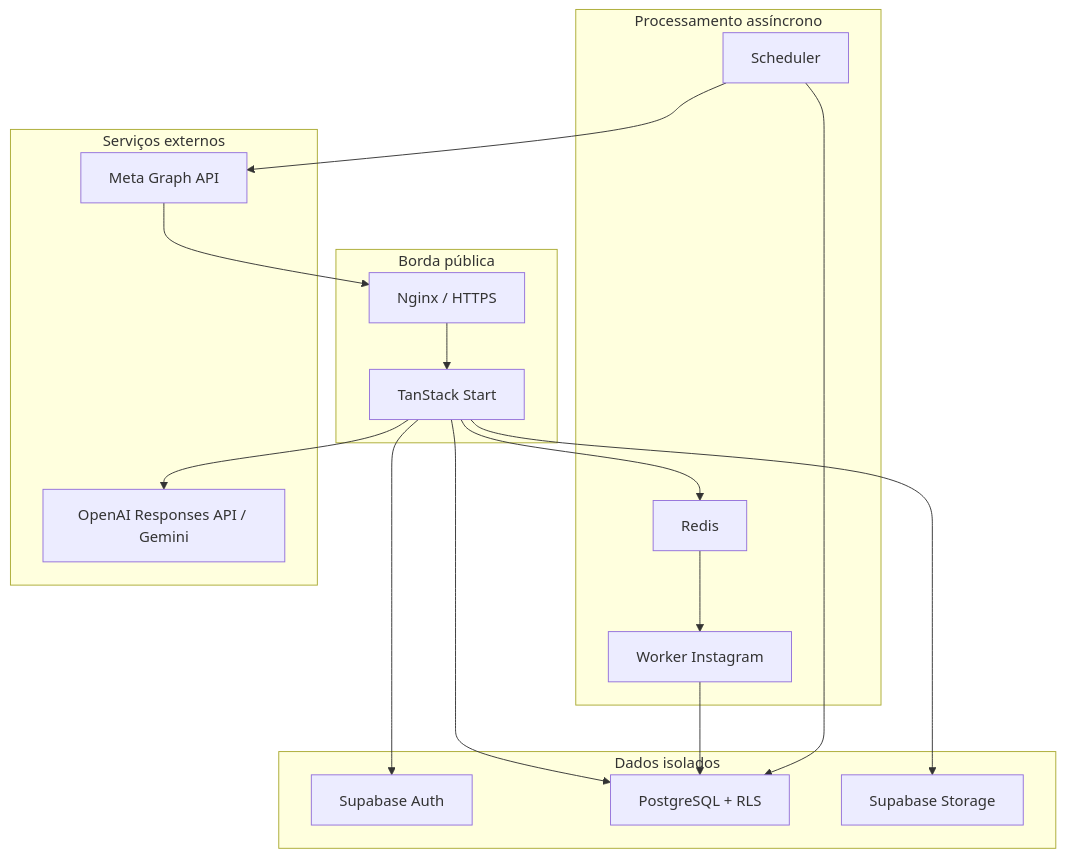
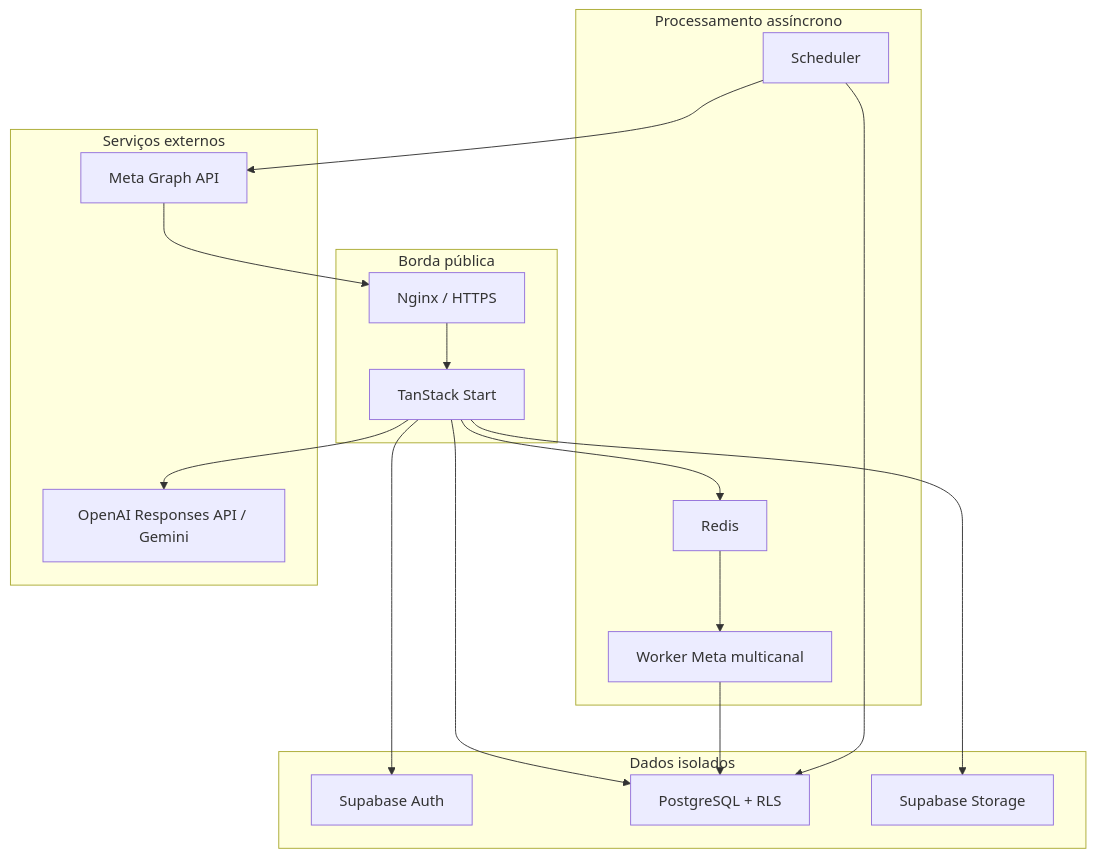
Before and after one commit to ShunWalChin/WalChat: the first of 2 diagrams in docs/ARQUITETURA.md, drawn with Mermaid. The commit also changed other lines of this file and 56 other files, not shown here.

Commit message:
Add production-ready Meta Instagram and WhatsApp integration

````diff
--- a/docs/ARQUITETURA.md
+++ b/docs/ARQUITETURA.md
@@ -9,33 +9,33 @@
 ```mermaid
 flowchart TB
     subgraph Publico["Borda pública"]
       Nginx["Nginx / HTTPS"]
       App["TanStack Start"]
     end
     subgraph Async["Processamento assíncrono"]
       Redis["Redis"]
-      WebhookWorker["Worker Instagram"]
+      WebhookWorker["Worker Meta multicanal"]
       Scheduler["Scheduler"]
     end
     subgraph Dados["Dados isolados"]
       Auth["Supabase Auth"]
       DB["PostgreSQL + RLS"]
       Storage["Supabase Storage"]
     end
     subgraph Externos["Serviços externos"]
       Meta["Meta Graph API"]
       AI["OpenAI Responses API / Gemini"]
     end
 
     Nginx --> App
     App --> Auth
     App --> DB
     App --> AI
     Meta --> Nginx
     App --> Redis
     Redis --> WebhookWorker
     WebhookWorker --> DB
     Scheduler --> DB
     Scheduler --> Meta
     App --> Storage
 ```
````
